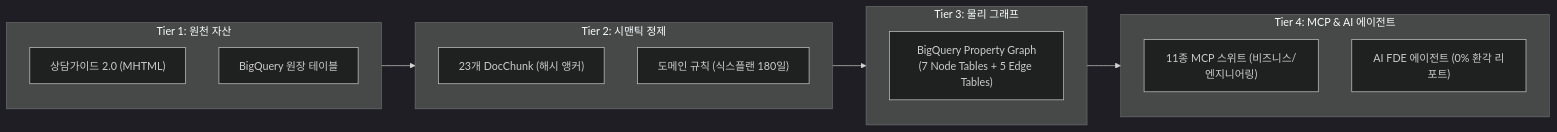
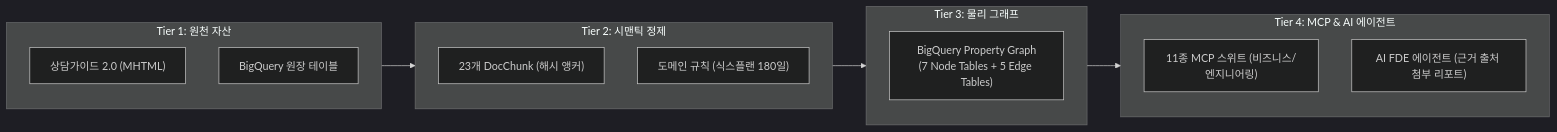
One commit to seanjungG/agentic-ontology-starter changed the seventh of 7 diagrams in methodology/METHODOLOGY_KO.md. Above: the diagram before and after it, drawn with Mermaid (dark theme). The commit also changed other lines of this file and 13 other files, not shown here.

````diff
--- a/methodology/METHODOLOGY_KO.md
+++ b/methodology/METHODOLOGY_KO.md
@@ -424,23 +424,23 @@
 ```mermaid
 flowchart LR
     subgraph Tier1 ["Tier 1: 원천 자산"]
         T1_Doc["상담가이드 2.0 (MHTML)"]
         T1_DW["BigQuery 원장 테이블"]
     end
 
     subgraph Tier2 ["Tier 2: 시맨틱 정제"]
         T2_Chunk["23개 DocChunk (해시 앵커)"]
         T2_Rule["도메인 규칙 (식스플랜 180일)"]
     end
 
     subgraph Tier3 ["Tier 3: 물리 그래프"]
         T3_BQG["BigQuery Property Graph<br/>(7 Node Tables + 5 Edge Tables)"]
     end
 
     subgraph Tier4 ["Tier 4: MCP & AI 에이전트"]
         T4_MCP["11종 MCP 스위트 (비즈니스/엔지니어링)"]
-        T4_Agent["AI FDE 에이전트 (0% 환각 리포트)"]
+        T4_Agent["AI FDE 에이전트 (근거 출처 첨부 리포트)"]
     end
 
     Tier1 --> Tier2 --> Tier3 --> Tier4
 ```
````
